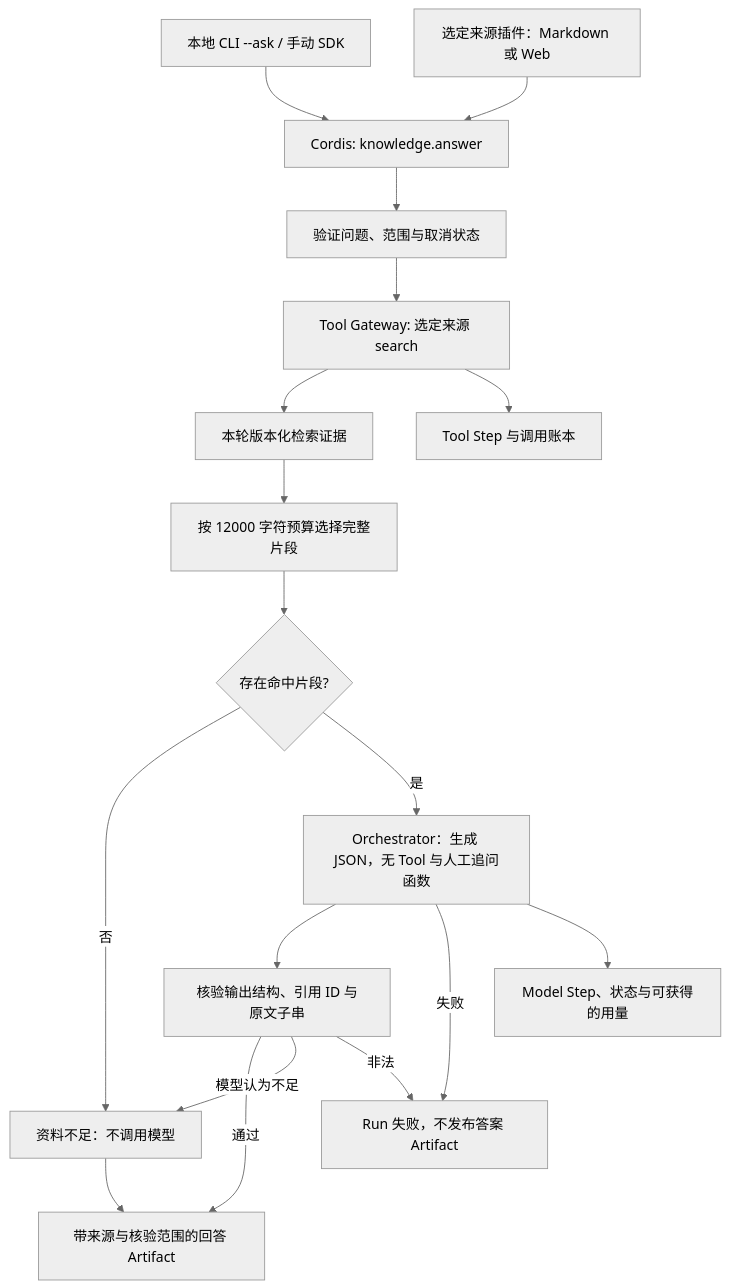
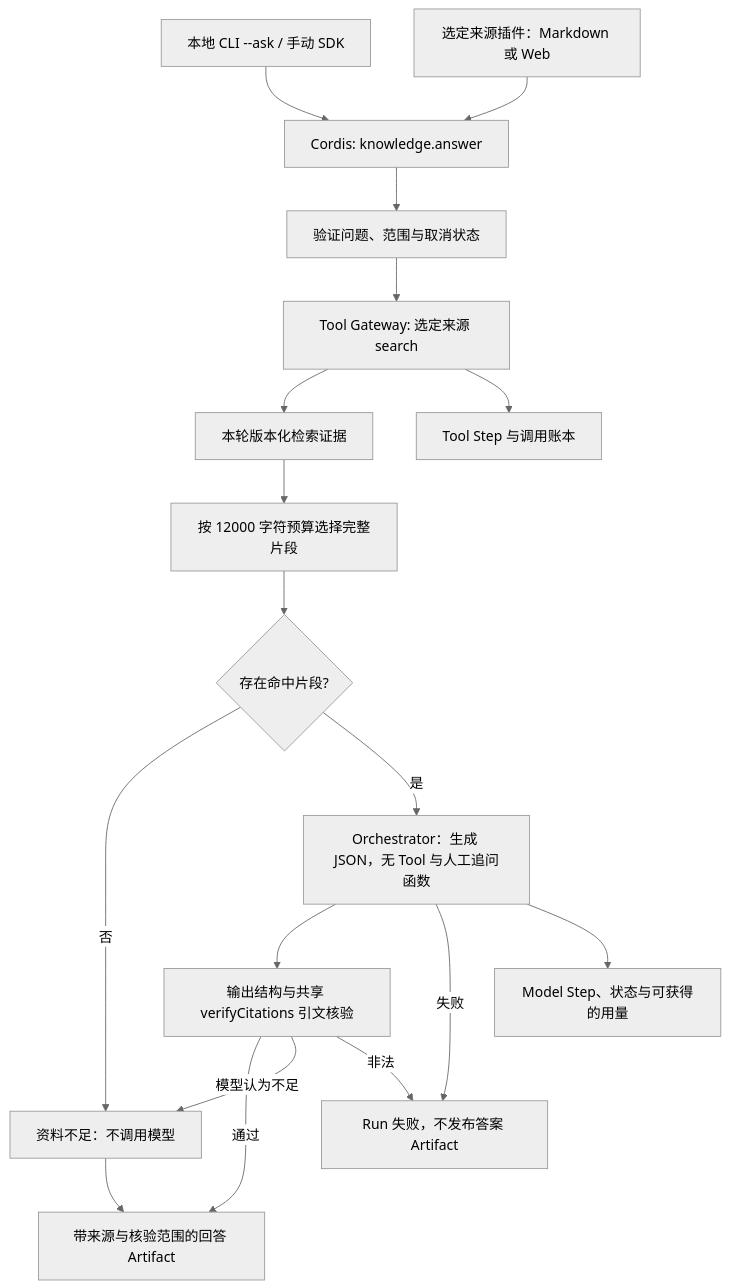
One commit to KlayPeter/AI-Delivery-Ops-Agent changed the diagram in backend/src/knowledge/answer/FEATURE.md. Above: the diagram before and after it, drawn with Mermaid (neutral theme). The commit also changed other lines of this file and 21 other files, not shown here.

````diff
--- a/backend/src/knowledge/answer/FEATURE.md
+++ b/backend/src/knowledge/answer/FEATURE.md
@@ -22,20 +22,20 @@
 ```mermaid
 flowchart TD
     U[本地 CLI --ask / 手动 SDK] --> P[Cordis: knowledge.answer]
     S[选定来源插件：Markdown 或 Web] --> P
     P --> V[验证问题、范围与取消状态]
     V --> T[Tool Gateway: 选定来源 search]
     T --> E[本轮版本化检索证据]
     E --> C[按 12000 字符预算选择完整片段]
     C --> N{存在命中片段?}
     N -- 否 --> A[资料不足：不调用模型]
     N -- 是 --> M[Orchestrator：生成 JSON，无 Tool 与人工追问函数]
-    M --> K[核验输出结构、引用 ID 与原文子串]
+    M --> K[输出结构与共享 verifyCitations 引文核验]
     K -- 通过 --> R[带来源与核验范围的回答 Artifact]
     K -- 模型认为不足 --> A
     K -- 非法 --> F[Run 失败，不发布答案 Artifact]
     M -- 失败 --> F
     T --> L[Tool Step 与调用账本]
     M --> L2[Model Step、状态与可获得的用量]
     A --> R
 ```
````
